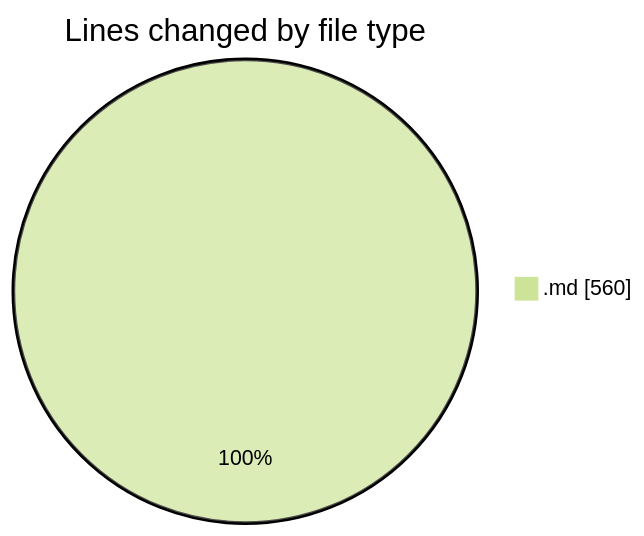
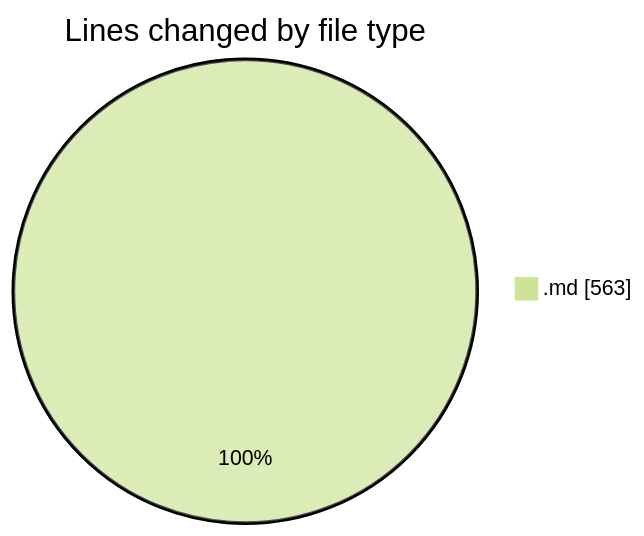
The first of 2 diagrams in 2025-07-14/urlwebwala_intership_work/README.md (Ritupan-Deka/code-tracking), drawn with Mermaid (forest theme) before and after one commit. The commit also changed other lines of this file and 1 other file, not shown here.

````diff
--- a/2025-07-14/urlwebwala_intership_work/README.md
+++ b/2025-07-14/urlwebwala_intership_work/README.md
@@ -20,5 +20,5 @@
 ```mermaid
 pie showData
 title Lines changed by file type
-".md" : 560
+".md" : 563
 ```
````
